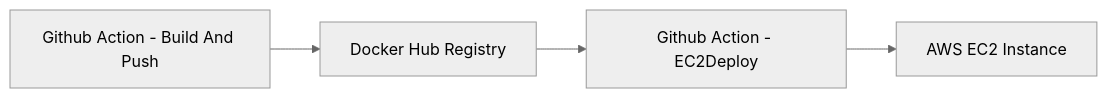
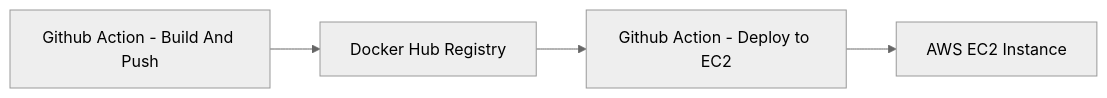
One commit to Balaguru4580/TimeFlow changed the diagram in README.md. Above: the diagram before and after it, drawn with Mermaid (neutral theme). The commit also changed other lines of this file, not shown here.

````diff
--- a/README.md
+++ b/README.md
@@ -25,6 +25,6 @@
 ```mermaid
 graph LR
   G[Github Action - Build And Push] --> H[Docker Hub Registry]
-  H --> I[Github Action - EC2Deploy]
+  H --> I[Github Action - Deploy to EC2]
   I --> J[AWS EC2 Instance]
 ```
````
